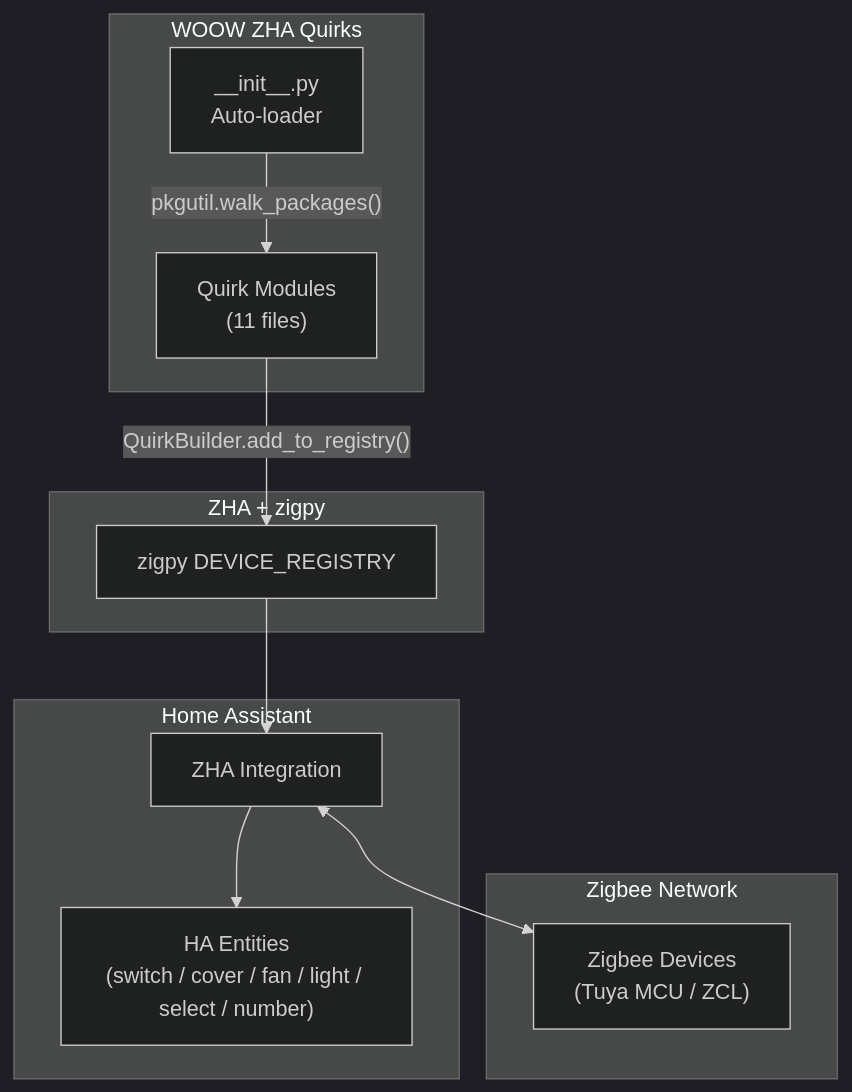
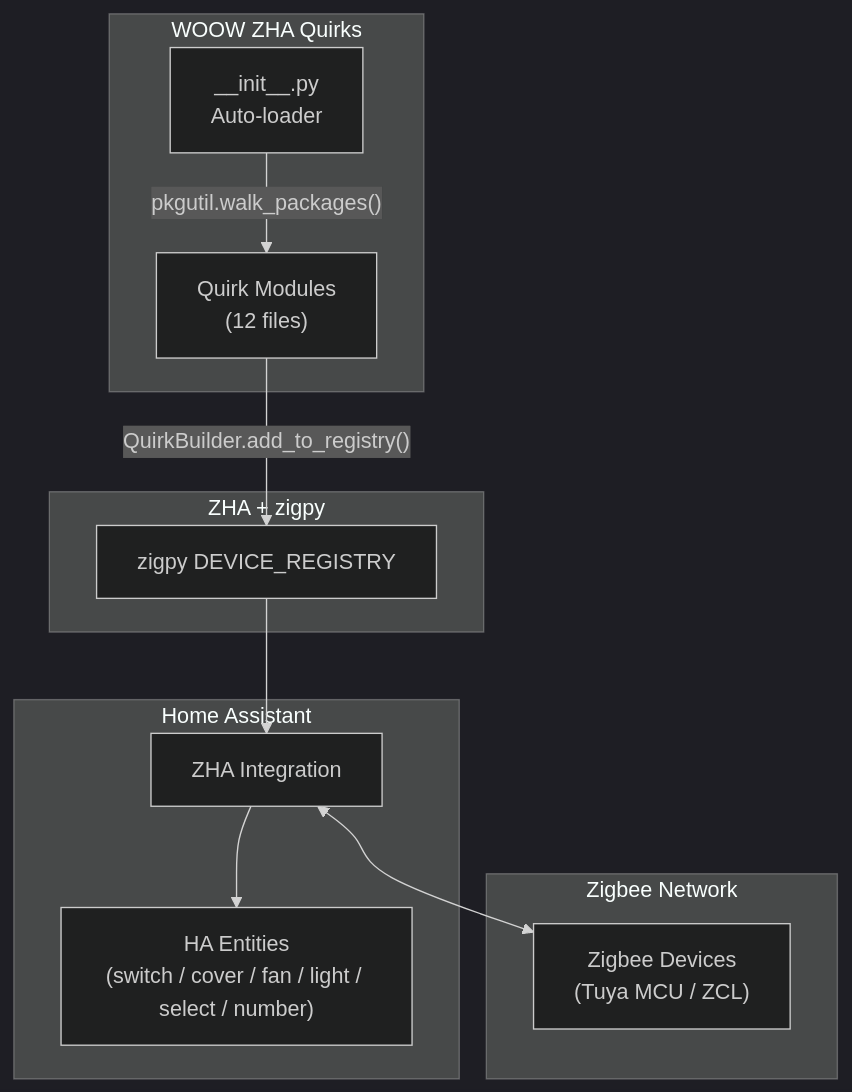
The diagram in README.md (WOOWTECH/Woow_ha_zha_quirk_component), drawn with Mermaid (dark theme) before and after one commit. The commit also changed other lines of this file, not shown here.

````diff
--- a/README.md
+++ b/README.md
@@ -276,26 +303,26 @@
 ```mermaid
 graph TB
     subgraph "Home Assistant"
         HA_ZHA[ZHA Integration]
         HA_ENTITIES["HA Entities<br/>(switch / cover / fan / light / select / number)"]
     end
 
     subgraph "WOOW ZHA Quirks"
         INIT["__init__.py<br/>Auto-loader"]
-        QUIRKS["Quirk Modules<br/>(11 files)"]
+        QUIRKS["Quirk Modules<br/>(12 files)"]
     end
 
     subgraph "ZHA + zigpy"
         ZIGPY_REG["zigpy DEVICE_REGISTRY"]
     end
 
     subgraph "Zigbee Network"
         DEVICES["Zigbee Devices<br/>(Tuya MCU / ZCL)"]
     end
 
     HA_ZHA --> HA_ENTITIES
     INIT -->|"pkgutil.walk_packages()"| QUIRKS
     QUIRKS -->|"QuirkBuilder.add_to_registry()"| ZIGPY_REG
     ZIGPY_REG --> HA_ZHA
     HA_ZHA <--> DEVICES
 ```
````
